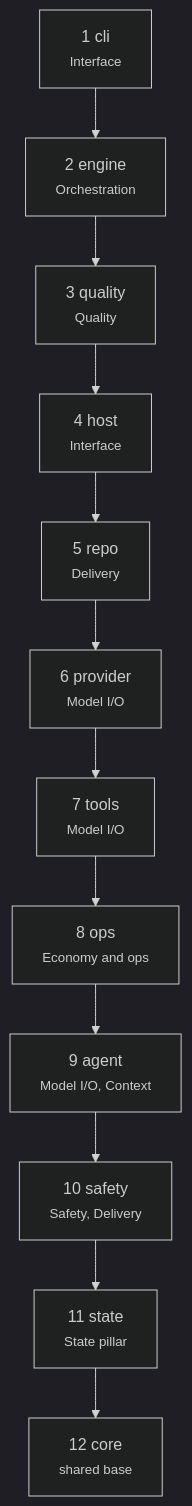
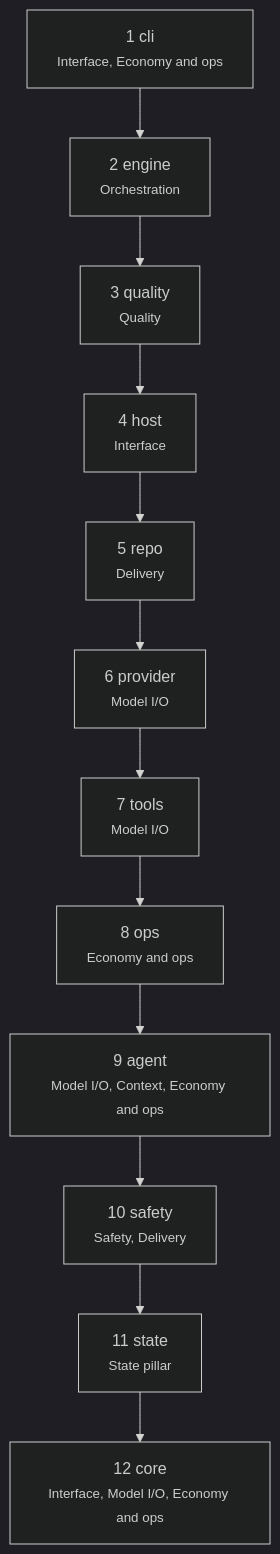
One commit to rdevitto86/komodo-agentic-harness-coding changed the fifth of 45 diagrams in docs/hld.md. Above: the diagram before and after it, drawn with Mermaid (dark theme). The commit also changed other lines of this file, not shown here.

````diff
--- a/docs/hld.md
+++ b/docs/hld.md
@@ -427,14 +428,14 @@
 ```mermaid
 flowchart TB
-  F1["1 cli<br><small>Interface</small>"] --> F2["2 engine<br><small>Orchestration</small>"]
+  F1["1 cli<br><small>Interface, Economy and ops</small>"] --> F2["2 engine<br><small>Orchestration</small>"]
   F2 --> F3["3 quality<br><small>Quality</small>"]
   F3 --> F4["4 host<br><small>Interface</small>"]
   F4 --> F5["5 repo<br><small>Delivery</small>"]
   F5 --> F6["6 provider<br><small>Model I/O</small>"]
   F6 --> F7["7 tools<br><small>Model I/O</small>"]
   F7 --> F8["8 ops<br><small>Economy and ops</small>"]
-  F8 --> F9["9 agent<br><small>Model I/O, Context</small>"]
+  F8 --> F9["9 agent<br><small>Model I/O, Context, Economy and ops</small>"]
   F9 --> F10["10 safety<br><small>Safety, Delivery</small>"]
   F10 --> F11["11 state<br><small>State pillar</small>"]:::core
-  F11 --> F12["12 core<br><small>shared base</small>"]
+  F11 --> F12["12 core<br><small>Interface, Model I/O, Economy and ops</small>"]
 ```
````
